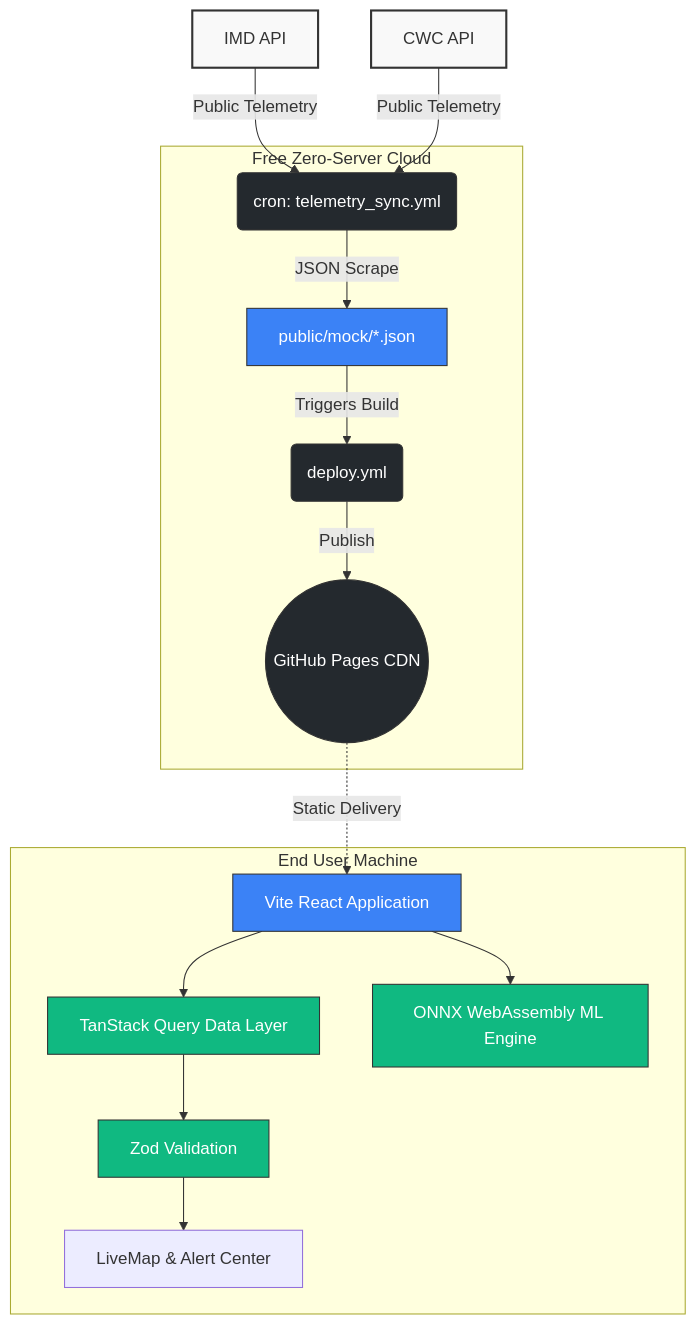
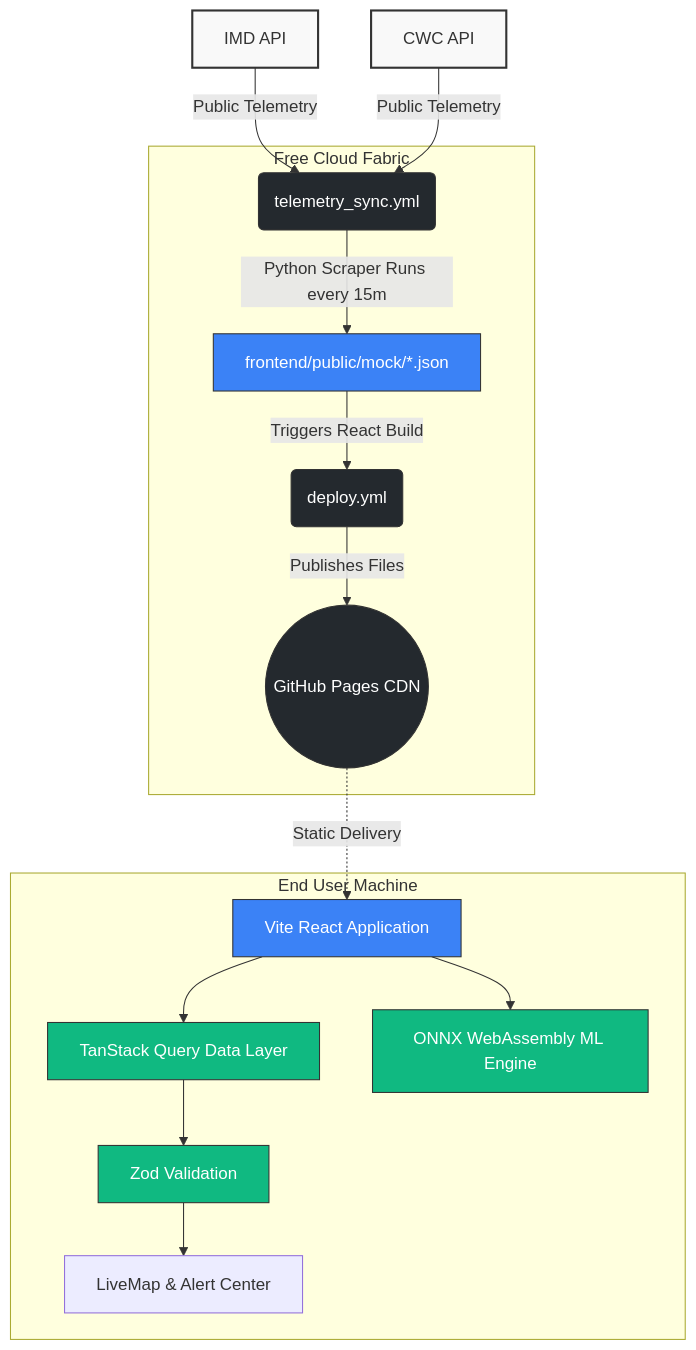
Before and after one commit to Satwik-1234/Flood-Dash: the diagram in README.md, drawn with Mermaid. The commit also changed other lines of this file, not shown here.

Commit message:
docs: enhanced Dev-style README with architectural diagrams and tech stack badges

````diff
--- a/README.md
+++ b/README.md
@@ -20,28 +43,28 @@
 ```mermaid
 graph TD
     classDef cloud fill:#f9f9f9,stroke:#333,stroke-width:2px;
     classDef github fill:#24292e,color:#fff,stroke:#333;
     classDef frontend fill:#3b82f6,color:#fff,stroke:#333;
     classDef logic fill:#10b981,color:#fff,stroke:#333;
 
     A[IMD API] & B[CWC API] -->|Public Telemetry| C
     
-    subgraph GitHub Ecosystem [Free Zero-Server Cloud]
-        C(cron: telemetry_sync.yml) -->|JSON Scrape| D[public/mock/*.json]
-        D -->|Triggers Build| E(deploy.yml)
-        E -->|Publish| F((GitHub Pages CDN))
+    subgraph GitHub Ecosystem [Free Cloud Fabric]
+        C(telemetry_sync.yml) -->|Python Scraper Runs every 15m| D[frontend/public/mock/*.json]
+        D -->|Triggers React Build| E(deploy.yml)
+        E -->|Publishes Files| F((GitHub Pages CDN))
     end
     
     subgraph Client Browser [End User Machine]
         F -.->|Static Delivery| G[Vite React Application]
         G --> H[TanStack Query Data Layer]
         H --> I[Zod Validation]
         I --> J[LiveMap & Alert Center]
         G --> K[ONNX WebAssembly ML Engine]
     end
 
     class A,B cloud;
     class C,E,F github;
     class G,D frontend;
     class H,I,K logic;
 ```
````
